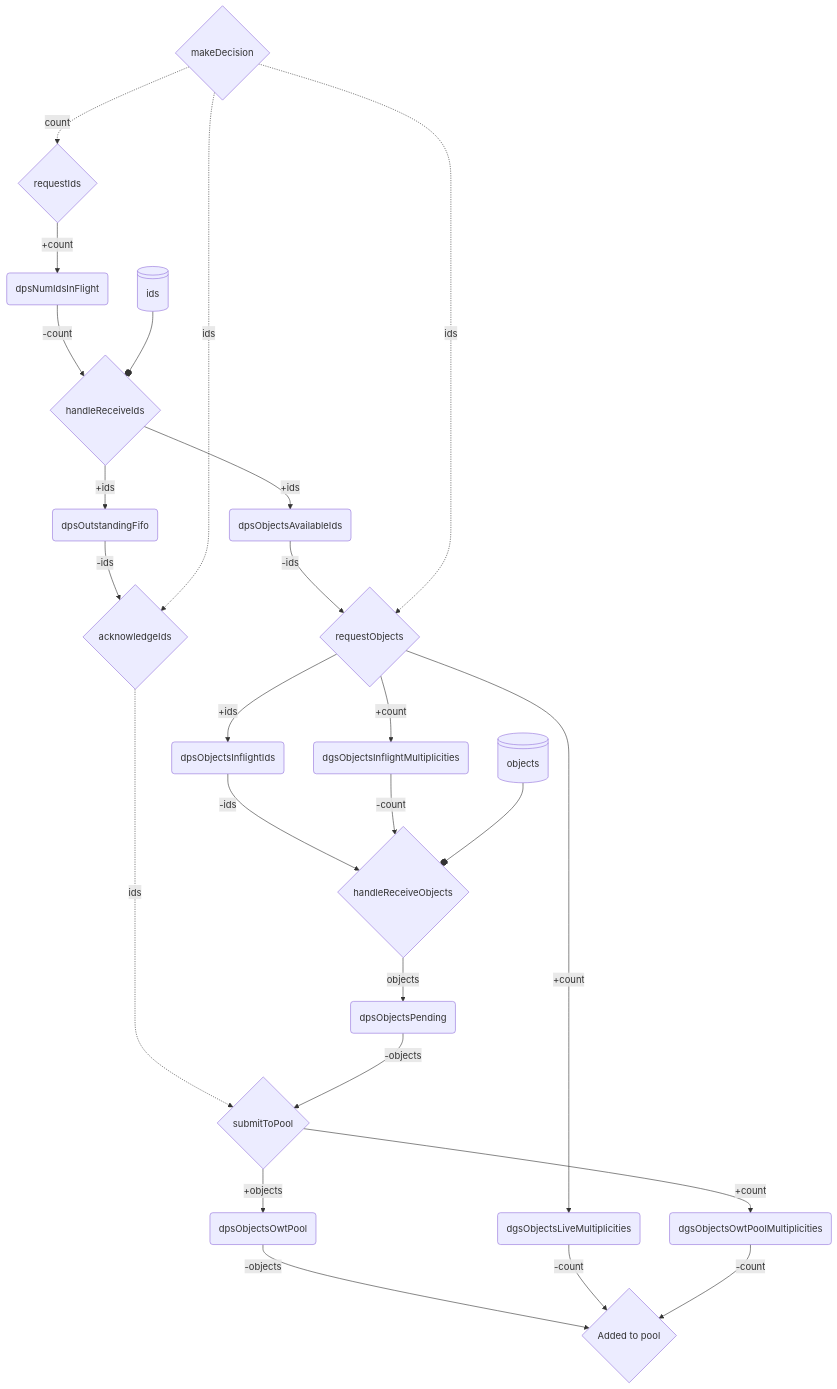
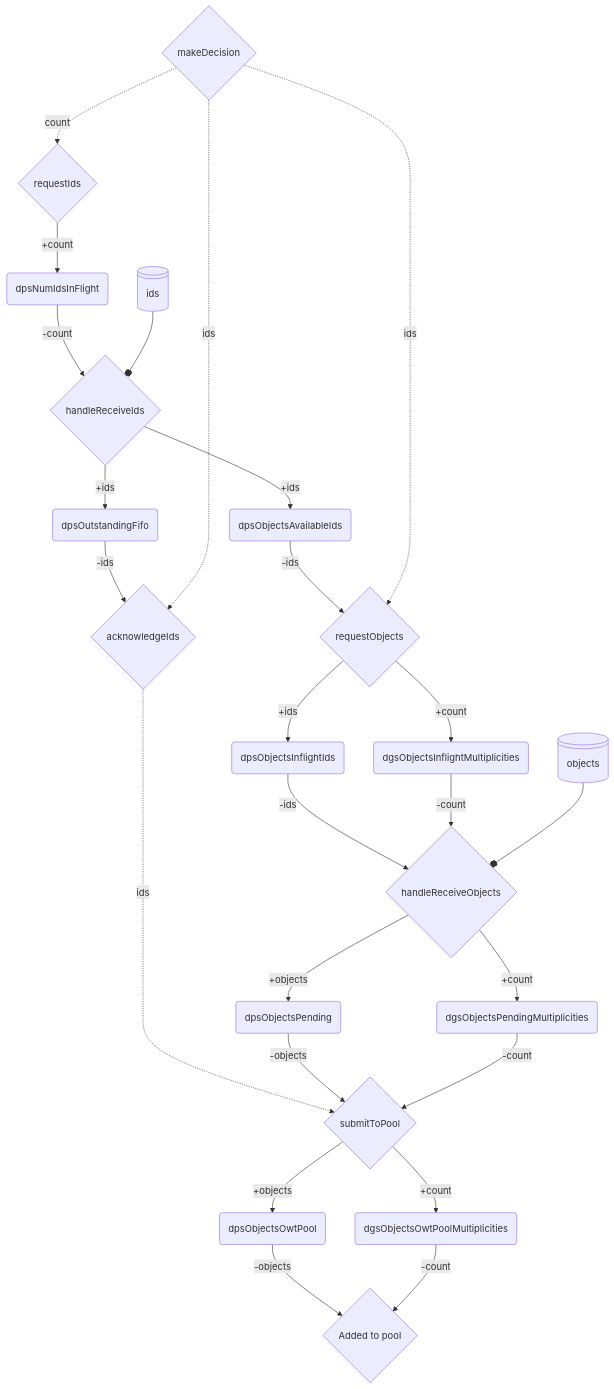
Before and after one commit to IntersectMBO/ouroboros-consensus: the diagram in ouroboros-consensus/src/ouroboros-consensus/Ouroboros/Consensus/MiniProtocol/ObjectDiffusion/Inbound/V2.mermaid, drawn with Mermaid. The commit also changed 6 other files, not shown here.

Commit message:
Update state and diagram following removal of `dgsObjectsLiveMultiplicities`

```diff
--- a/ouroboros-consensus/src/ouroboros-consensus/Ouroboros/Consensus/MiniProtocol/ObjectDiffusion/Inbound/V2.mermaid
+++ b/ouroboros-consensus/src/ouroboros-consensus/Ouroboros/Consensus/MiniProtocol/ObjectDiffusion/Inbound/V2.mermaid
@@ -1,52 +1,52 @@
 flowchart TD
     A(dpsNumIdsInFlight)
     B(dpsOutstandingFifo)
     C(dpsObjectsAvailableIds)
     D(dpsObjectsInflightIds)
     E(dpsObjectsPending)
     F(dpsObjectsOwtPool)
 
-    G(dgsObjectsLiveMultiplicities)
     H(dgsObjectsInflightMultiplicities)
+    G(dgsObjectsPendingMultiplicities)
     I(dgsObjectsOwtPoolMultiplicities)
 
     EA{requestIds}
     EA-->|+count| A
 
     EB{handleReceiveIds}
     A -->|-count| EB
     EB -->|+ids| B
     IN1@{ shape: lin-cyl, label: "ids" } --o EB
     EB -->|+ids| C
 
     EC{requestObjects}
     C -->|-ids| EC
     EC -->|+ids| D
-    EC --> |+count| G
     EC -->|+count| H
 
     ED{handleReceiveObjects}
     D -->|-ids| ED
     H -->|-count| ED
     IN2@{ shape: lin-cyl, label: "objects" } --o ED
-    ED -->|objects| E
+    ED -->|+objects| E
+    ED -->|+count| G
 
     EE{acknowledgeIds}
     B -->|-ids| EE
     
     EF{submitToPool}
     EE -.->|ids| EF
     E -->|-objects| EF
+    G -->|-count| EF
     EF -->|+objects| F
     EF -->|+count| I
 
     EG{Added to pool}
     F -->|-objects| EG
-    G -->|-count| EG
     I -->|-count| EG
 
     EZ{makeDecision}
 
     EZ -.->|count| EA
     EZ -.->|ids| EC
     EZ -.->|ids| EE
```
